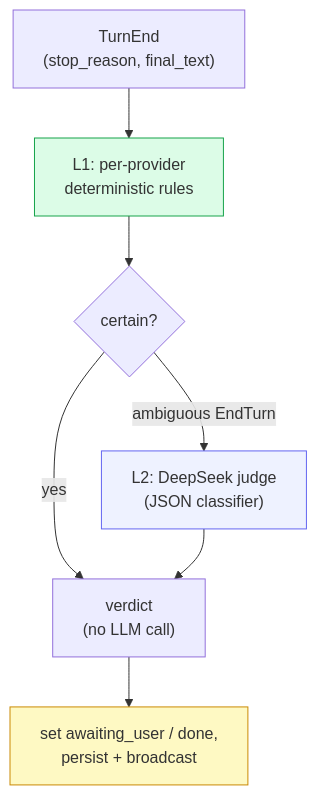
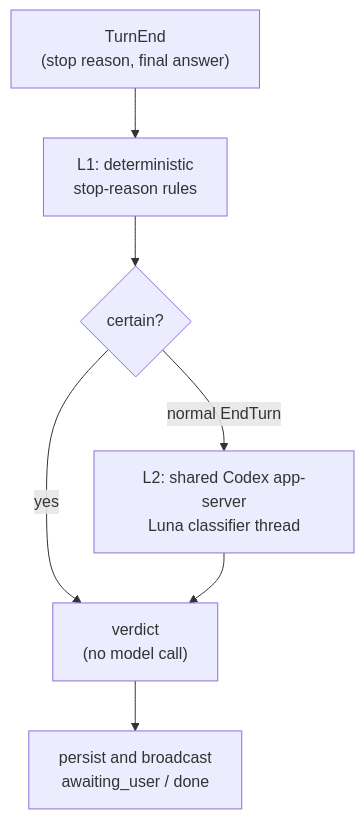
One commit to dravengarden/cowboy changed the diagram in docs/architecture/07-confirm-inference.md. Above: the diagram before and after it, drawn with Mermaid. The commit also changed other lines of this file and 26 other files, not shown here.

Commit message:
refactor: move turn classifier to shared Codex session

````diff
--- a/docs/architecture/07-confirm-inference.md
+++ b/docs/architecture/07-confirm-inference.md
@@ -11,13 +9,9 @@
 ```mermaid
 flowchart TB
-    TE["TurnEnd<br/>(stop_reason, final_text)"] --> L1["L1: per-provider<br/>deterministic rules"]
+    TE["TurnEnd<br/>(stop reason, final answer)"] --> L1["L1: deterministic<br/>stop-reason rules"]
     L1 --> Q{"certain?"}
-    Q -->|yes| V["verdict<br/>(no LLM call)"]
-    Q -->|"ambiguous EndTurn"| L2["L2: DeepSeek judge<br/>(JSON classifier)"]
+    Q -->|yes| V["verdict<br/>(no model call)"]
+    Q -->|"normal EndTurn"| L2["L2: shared Codex app-server<br/>Luna classifier thread"]
     L2 --> V
-    V --> META["set awaiting_user / done,<br/>persist + broadcast"]
-
-    style L1 fill:#dcfce7,stroke:#16a34a
-    style L2 fill:#eef2ff,stroke:#6366f1
-    style META fill:#fef9c3,stroke:#ca8a04
+    V --> META["persist and broadcast<br/>awaiting_user / done"]
 ```
````
